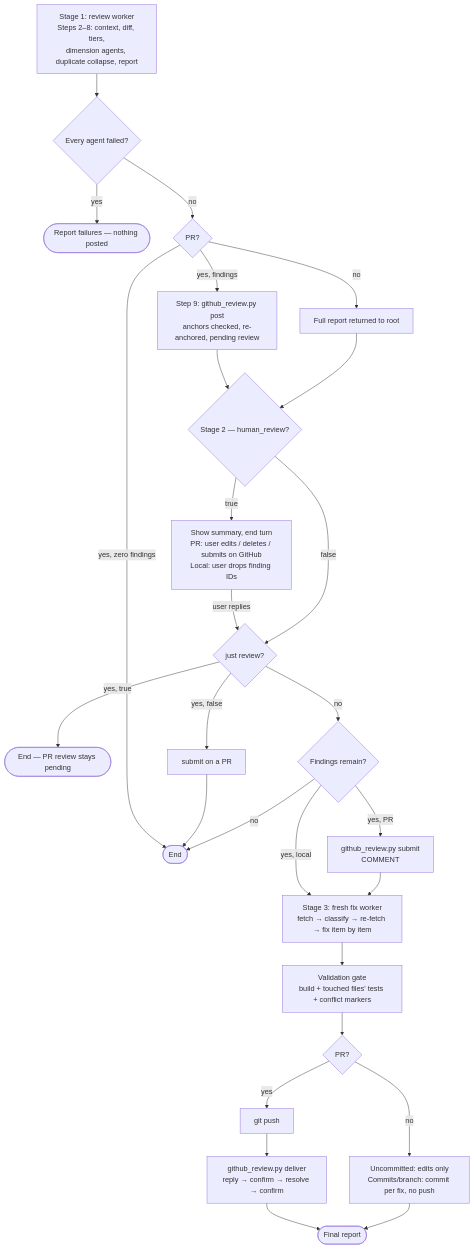
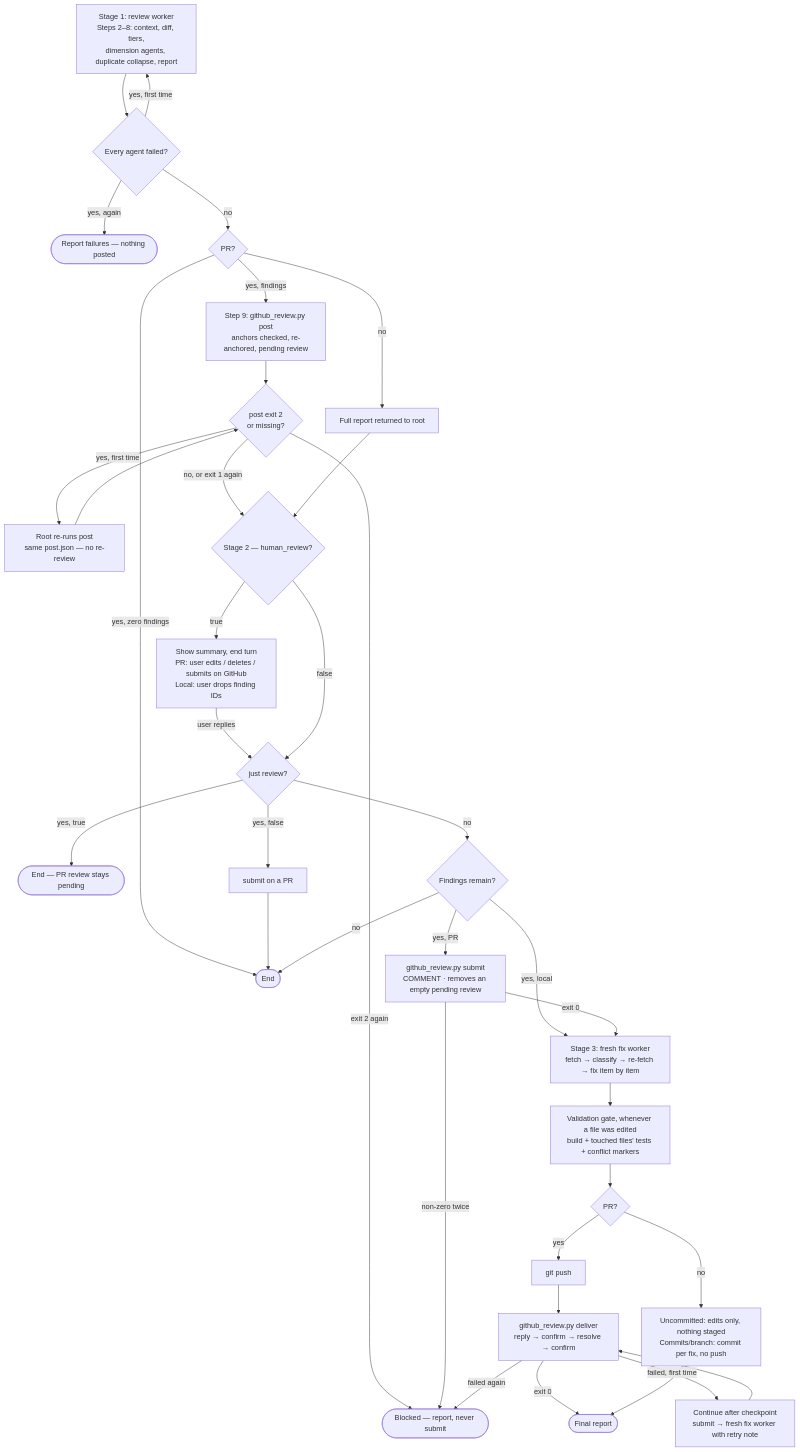
One commit to flaviosv/ai-coding-tooling changed the second of 3 diagrams in skills/code-review/WORKFLOW.md. Above: the diagram before and after it, drawn with Mermaid. The commit also changed other lines of this file and 13 other files, not shown here.

First line of the commit message:
fix(code-review): resolve post-merge validation findings

````diff
--- a/skills/code-review/WORKFLOW.md
+++ b/skills/code-review/WORKFLOW.md
@@ -34,29 +34,37 @@
 ```mermaid
 flowchart TD
     S1[Stage 1: review worker<br/>Steps 2–8: context, diff, tiers,<br/>dimension agents, duplicate collapse, report] --> Failed{Every agent failed?}
-    Failed -- yes --> EndFail([Report failures — nothing posted])
+    Failed -- "yes, first time" --> S1
+    Failed -- "yes, again" --> EndFail([Report failures — nothing posted])
     Failed -- no --> T{PR?}
     T -- "yes, findings" --> Post[Step 9: github_review.py post<br/>anchors checked, re-anchored, pending review]
     T -- "yes, zero findings" --> EndR
     T -- no --> Rep[Full report returned to root]
-    Post --> CP{Stage 2 — human_review?}
+    Post --> PostOK{post exit 2<br/>or missing?}
+    PostOK -- "yes, first time" --> Repost[Root re-runs post<br/>same post.json — no re-review] --> PostOK
+    PostOK -- "exit 2 again" --> EndBlocked([Blocked — report, never submit])
+    PostOK -- "no, or exit 1 again" --> CP{Stage 2 — human_review?}
     Rep --> CP
 
     CP -- true --> Pause[Show summary, end turn<br/>PR: user edits / deletes / submits on GitHub<br/>Local: user drops finding IDs]
     Pause -- "user replies" --> JR
     CP -- false --> JR
 
     JR{just review?} -- "yes, true" --> EndPending([End — PR review stays pending])
     JR -- "yes, false" --> SubOnly[submit on a PR] --> EndR([End])
     JR -- no --> Remain{Findings remain?}
     Remain -- no --> EndR
-    Remain -- "yes, PR" --> Sub[github_review.py submit<br/>COMMENT]
+    Remain -- "yes, PR" --> Sub[github_review.py submit<br/>COMMENT · removes an empty pending review]
     Remain -- "yes, local" --> F
-    Sub --> F[Stage 3: fresh fix worker<br/>fetch → classify → re-fetch → fix item by item]
-    F --> Gate[Validation gate<br/>build + touched files' tests + conflict markers]
+    Sub -- "exit 0" --> F[Stage 3: fresh fix worker<br/>fetch → classify → re-fetch → fix item by item]
+    Sub -- "non-zero twice" --> EndBlocked
+    F --> Gate[Validation gate, whenever a file was edited<br/>build + touched files' tests + conflict markers]
     Gate --> Where{PR?}
     Where -- yes --> Push[git push] --> Del[github_review.py deliver<br/>reply → confirm → resolve → confirm]
-    Where -- no --> Loc[Uncommitted: edits only<br/>Commits/branch: commit per fix, no push]
-    Del --> Final([Final report])
+    Where -- no --> Loc[Uncommitted: edits only, nothing staged<br/>Commits/branch: commit per fix, no push]
+    Del -- "exit 0" --> Final([Final report])
+    Del -- "failed, first time" --> Cont[Continue after checkpoint<br/>submit → fresh fix worker with retry note]
+    Cont --> Del
+    Del -- "failed again" --> EndBlocked
     Loc --> Final
 ```
````
